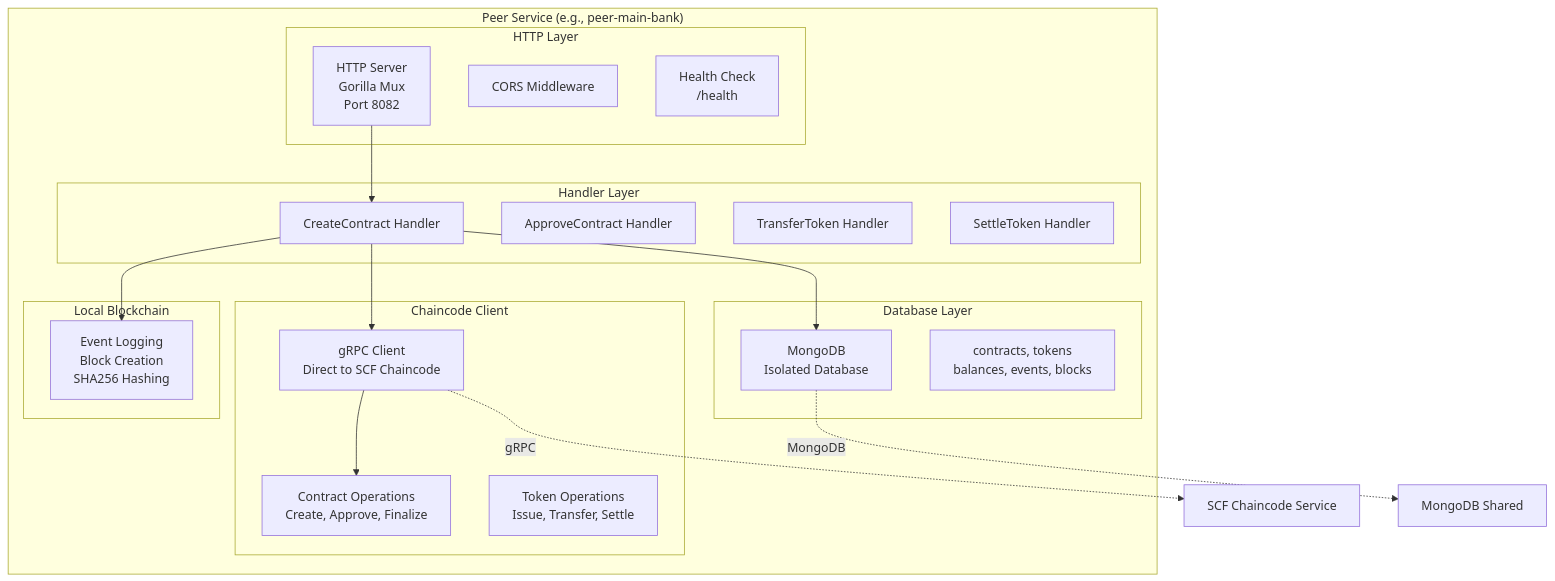
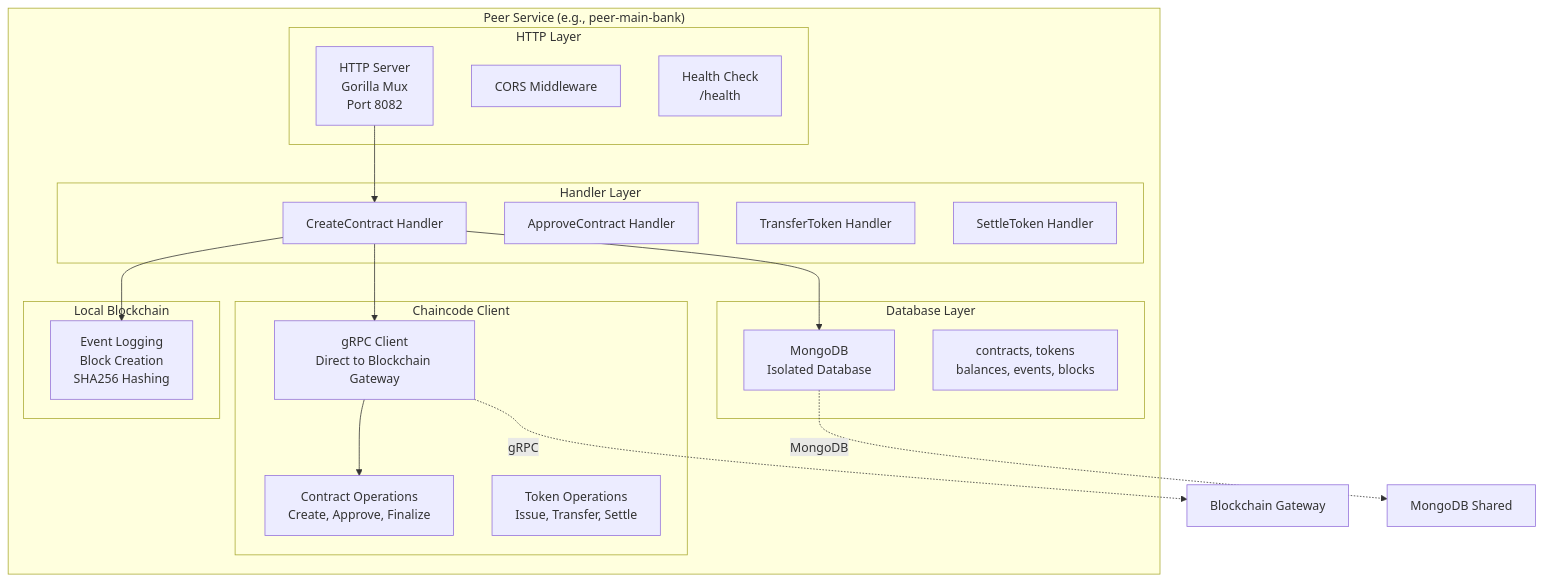
Diagram 22 of 25 in System_Design_Document.md (trunghc97/blockchain), drawn with Mermaid before and after one commit. The commit also changed other lines of this file and 1 other file, not shown here.

````diff
--- a/System_Design_Document.md
+++ b/System_Design_Document.md
@@ -1732,43 +2160,43 @@
 ```mermaid
 graph TB
     subgraph "Peer Service (e.g., peer-main-bank)"
         subgraph "HTTP Layer"
             HTTP[HTTP Server<br/>Gorilla Mux<br/>Port 8082]
             CORS[CORS Middleware]
             HEALTH[Health Check<br/>/health]
         end
 
         subgraph "Handler Layer"
             H_CREATE[CreateContract Handler]
             H_APPROVE[ApproveContract Handler]
             H_TRANSFER[TransferToken Handler]
             H_SETTLE[SettleToken Handler]
         end
 
         subgraph "Chaincode Client"
-            GRPC_CLIENT[gRPC Client<br/>Direct to SCF Chaincode]
+            GRPC_CLIENT[gRPC Client<br/>Direct to Blockchain Gateway]
             CONTRACT_METHODS[Contract Operations<br/>Create, Approve, Finalize]
             TOKEN_METHODS[Token Operations<br/>Issue, Transfer, Settle]
         end
 
         subgraph "Database Layer"
             MONGO[MongoDB<br/>Isolated Database]
             COLLECTIONS[contracts, tokens<br/>balances, events, blocks]
         end
 
         subgraph "Local Blockchain"
             EVENT_LOG[Event Logging<br/>Block Creation<br/>SHA256 Hashing]
         end
     end
 
     %% Flow
     HTTP --> H_CREATE
     H_CREATE --> GRPC_CLIENT
     GRPC_CLIENT --> CONTRACT_METHODS
     H_CREATE --> MONGO
     H_CREATE --> EVENT_LOG
 
     %% External connections
-    GRPC_CLIENT -.->|gRPC| SCF_CHAINCODE[SCF Chaincode Service]
+    GRPC_CLIENT -.->|gRPC| SCF_CHAINCODE[Blockchain Gateway]
     MONGO -.->|MongoDB| MONGO_SHARED[MongoDB Shared]
 ```
````
